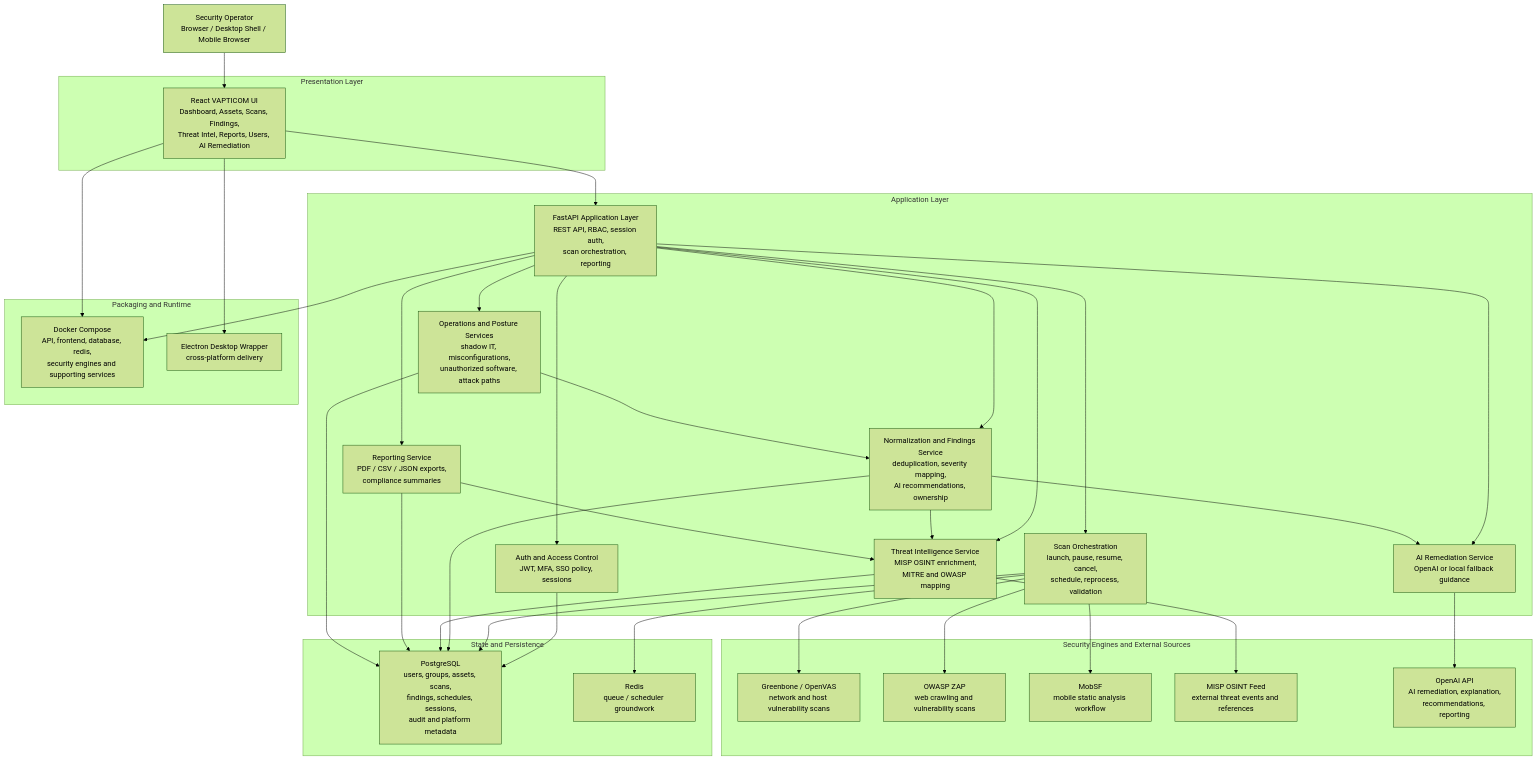
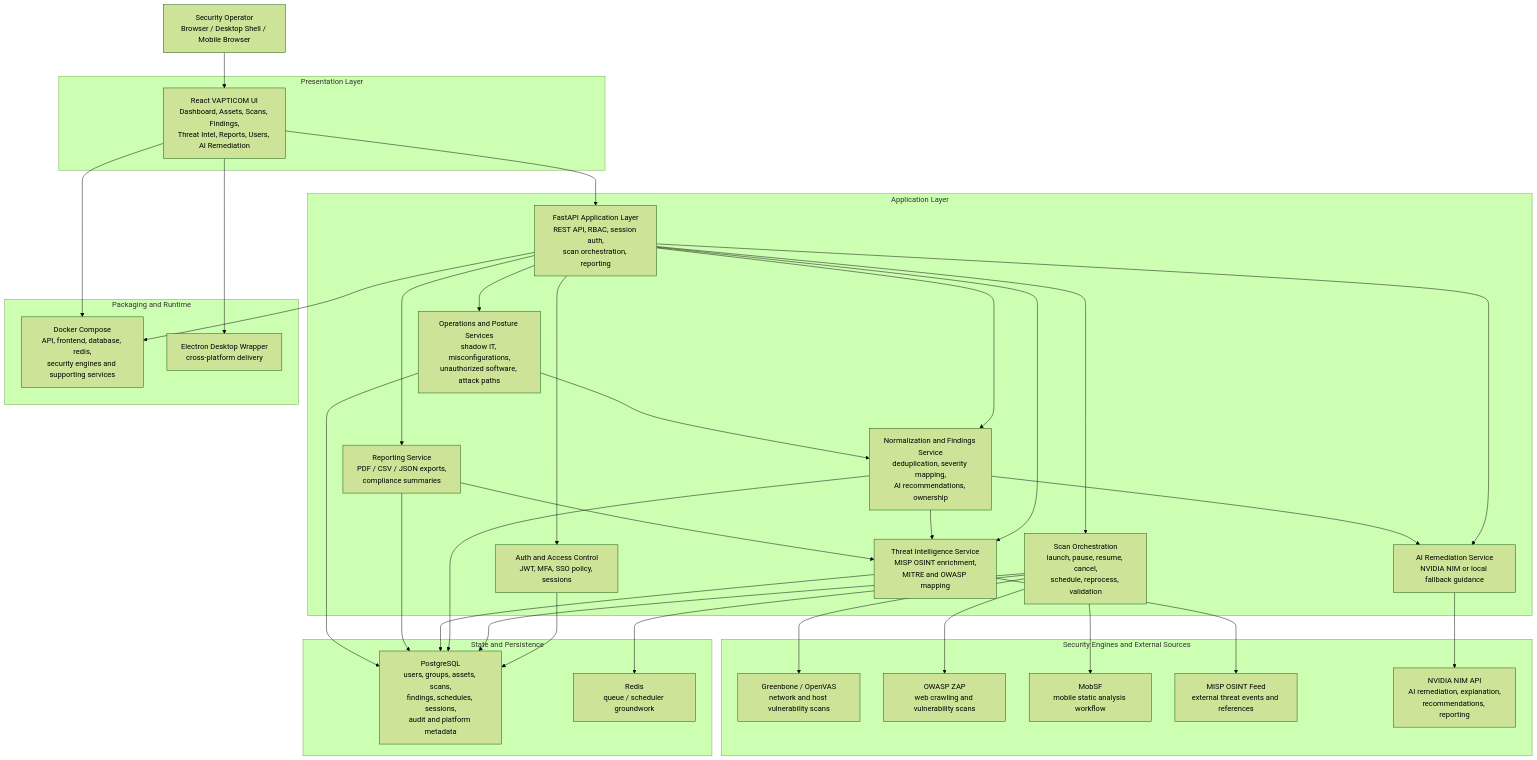
One commit to fraolk14/VAPT-project changed the diagram in vapt-platform/docs/architecture-diagram.md. Above: the diagram before and after it, drawn with Mermaid (forest theme). The commit also changed other lines of this file and 39 other files, not shown here.

````diff
--- a/vapt-platform/docs/architecture-diagram.md
+++ b/vapt-platform/docs/architecture-diagram.md
@@ -7,69 +7,69 @@
 ```mermaid
 flowchart TB
     User["Security Operator<br/>Browser / Desktop Shell / Mobile Browser"] --> UI["React VAPTICOM UI<br/>Dashboard, Assets, Scans, Findings,<br/>Threat Intel, Reports, Users, AI Remediation"]
     UI --> API["FastAPI Application Layer<br/>REST API, RBAC, session auth,<br/>scan orchestration, reporting"]
 
     subgraph Frontend["Presentation Layer"]
         UI
     end
 
     subgraph Backend["Application Layer"]
         API
         Auth["Auth and Access Control<br/>JWT, MFA, SSO policy, sessions"]
         ScanOrch["Scan Orchestration<br/>launch, pause, resume, cancel,<br/>schedule, reprocess, validation"]
         Findings["Normalization and Findings Service<br/>deduplication, severity mapping,<br/>AI recommendations, ownership"]
         Threat["Threat Intelligence Service<br/>MISP OSINT enrichment,<br/>MITRE and OWASP mapping"]
-        AI["AI Remediation Service<br/>OpenAI or local fallback guidance"]
+        AI["AI Remediation Service<br/>NVIDIA NIM or local fallback guidance"]
         Reports["Reporting Service<br/>PDF / CSV / JSON exports,<br/>compliance summaries"]
         Ops["Operations and Posture Services<br/>shadow IT, misconfigurations,<br/>unauthorized software, attack paths"]
     end
 
     API --> Auth
     API --> ScanOrch
     API --> Findings
     API --> Threat
     API --> AI
     API --> Reports
     API --> Ops
 
     subgraph Data["State and Persistence"]
         Postgres["PostgreSQL<br/>users, groups, assets, scans,<br/>findings, schedules, sessions,<br/>audit and platform metadata"]
         Redis["Redis<br/>queue / scheduler groundwork"]
     end
 
     Auth --> Postgres
     ScanOrch --> Postgres
     Findings --> Postgres
     Threat --> Postgres
     Reports --> Postgres
     Ops --> Postgres
     ScanOrch --> Redis
 
     subgraph Engines["Security Engines and External Sources"]
         Greenbone["Greenbone / OpenVAS<br/>network and host vulnerability scans"]
         ZAP["OWASP ZAP<br/>web crawling and vulnerability scans"]
         MobSF["MobSF<br/>mobile static analysis workflow"]
         MISP["MISP OSINT Feed<br/>external threat events and references"]
-        OpenAI["OpenAI API<br/>AI remediation, explanation,<br/>recommendations, reporting"]
+        Nim["NVIDIA NIM API<br/>AI remediation, explanation,<br/>recommendations, reporting"]
     end
 
     ScanOrch --> Greenbone
     ScanOrch --> ZAP
     ScanOrch --> MobSF
     Threat --> MISP
-    AI --> OpenAI
+    AI --> Nim
 
     Findings --> Threat
     Findings --> AI
     Reports --> Threat
     Ops --> Findings
 
     subgraph Delivery["Packaging and Runtime"]
         Docker["Docker Compose<br/>API, frontend, database, redis,<br/>security engines and supporting services"]
         Desktop["Electron Desktop Wrapper<br/>cross-platform delivery"]
     end
 
     UI --> Desktop
     API --> Docker
     UI --> Docker
 ```
````
